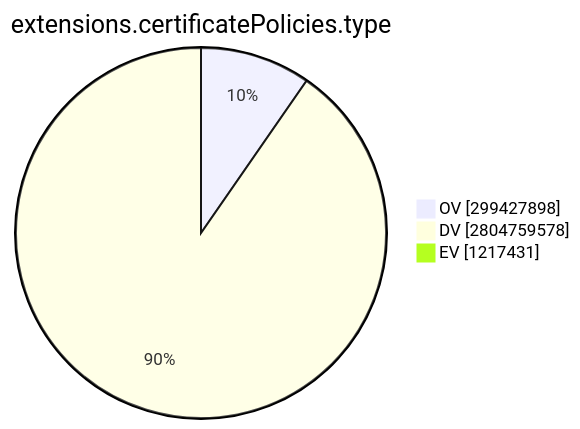
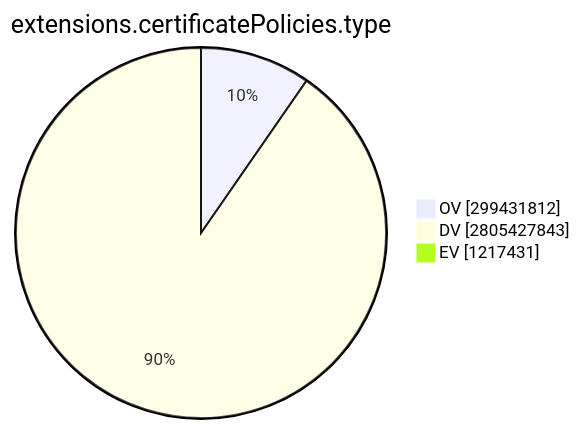
The ninth of 15 diagrams in TOTAL/README.md (christiankrug/ctmonitor_visualization), drawn with Mermaid before and after one commit. The commit also changed other lines of this file, not shown here.

````diff
--- a/TOTAL/README.md
+++ b/TOTAL/README.md
@@ -3101,7 +3101,7 @@
 ```mermaid
 pie showData
 title extensions.certificatePolicies.type
-"OV" :299427898
-"DV" :2804759578
+"OV" :299431812
+"DV" :2805427843
 "EV" :1217431
 ```
````
